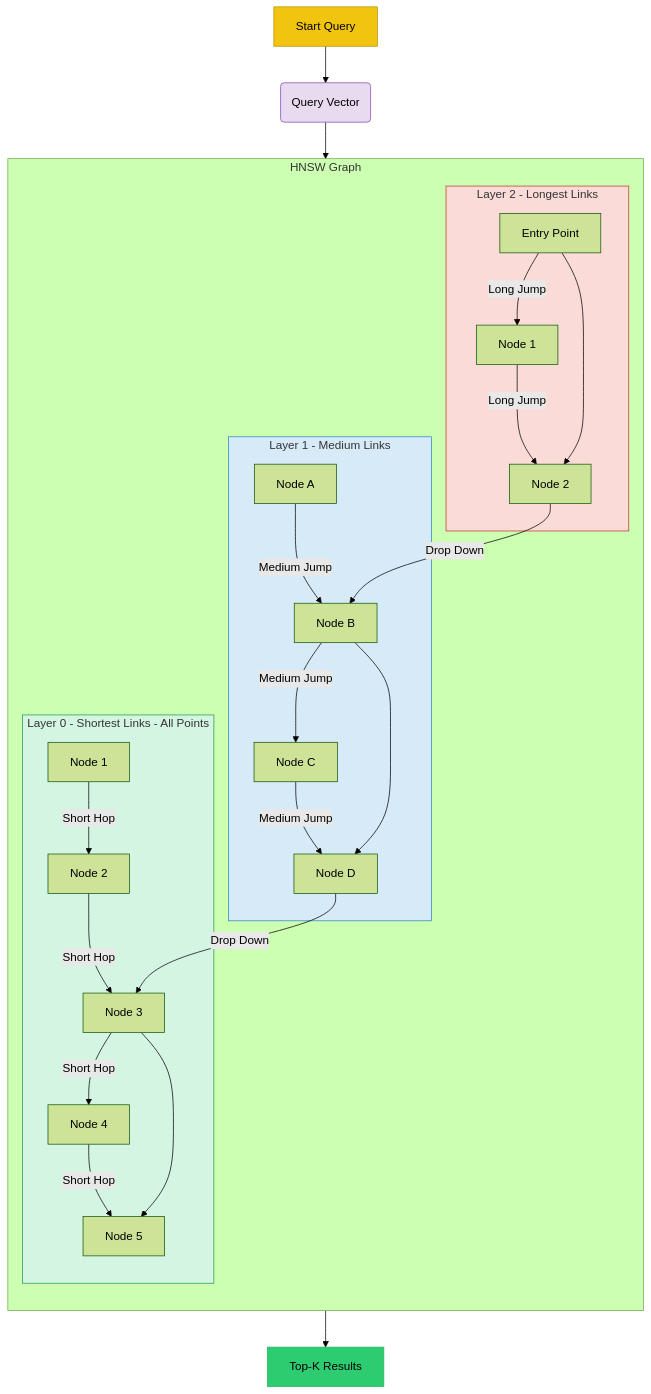
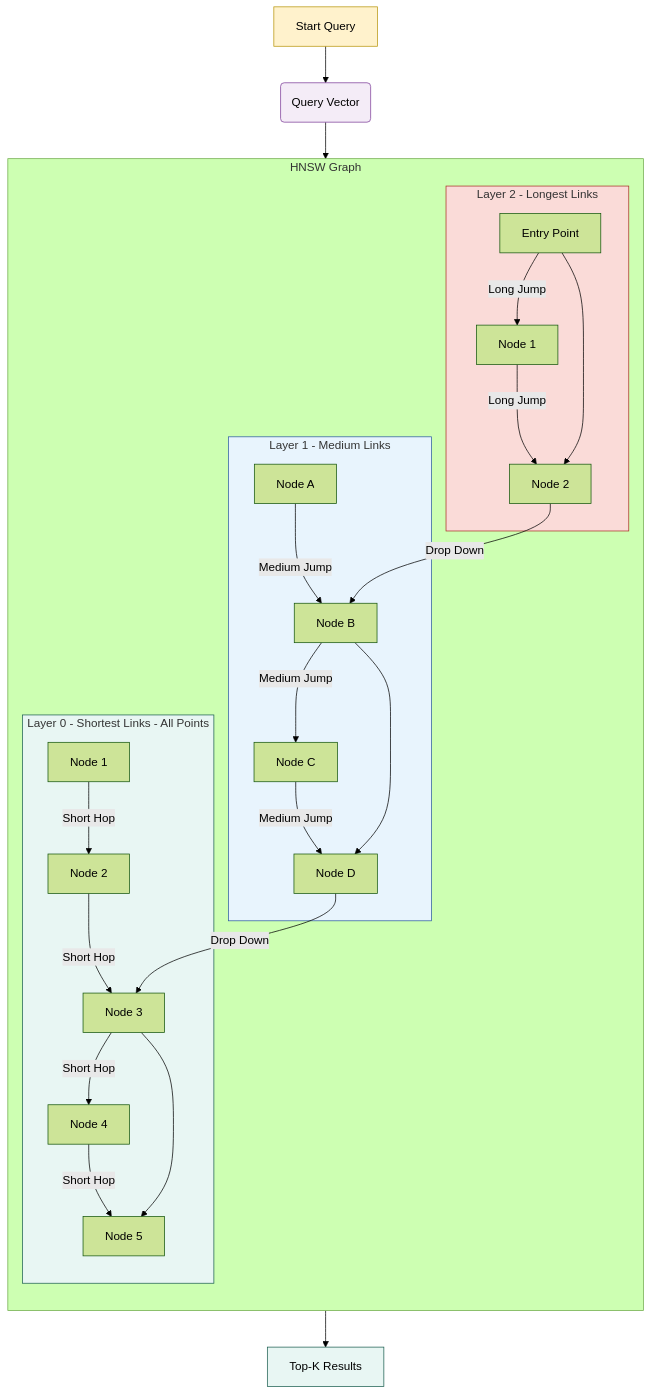
Before and after one commit to raphaelmansuy/tutorials: the second of 4 diagrams in 32_embeddings/07_scaling_embeddings_from_prototype_to_production.md, drawn with Mermaid (forest theme). The commit also changed other lines of this file and 6 other files, not shown here.

````diff
--- a/32_embeddings/07_scaling_embeddings_from_prototype_to_production.md
+++ b/32_embeddings/07_scaling_embeddings_from_prototype_to_production.md
@@ -161,58 +153,58 @@
 ```mermaid
 flowchart TD
     Query(Query Vector)
     Start[Start Query]
     Result[Top-K Results]
 
     subgraph "HNSW Graph"
         direction TB
 
         subgraph Layer2["Layer 2 - Longest Links"]
             L2_Entry[Entry Point] 
             L2_Node1[Node 1]
             L2_Node2[Node 2]
             L2_Entry -- "Long Jump" --> L2_Node1
             L2_Node1 -- "Long Jump" --> L2_Node2
         end
 
         subgraph Layer1["Layer 1 - Medium Links"]
             L1_NodeA[Node A]
             L1_NodeB[Node B] 
             L1_NodeC[Node C]
             L1_NodeD[Node D]
             L1_NodeA -- "Medium Jump" --> L1_NodeB
             L1_NodeB -- "Medium Jump" --> L1_NodeC
             L1_NodeC -- "Medium Jump" --> L1_NodeD
         end
 
         subgraph Layer0["Layer 0 - Shortest Links - All Points"]
             L0_Node1[Node 1]
             L0_Node2[Node 2]
             L0_Node3[Node 3]
             L0_Node4[Node 4]
             L0_Node5[Node 5]
             L0_Node1 -- "Short Hop" --> L0_Node2
             L0_Node2 -- "Short Hop" --> L0_Node3
             L0_Node3 -- "Short Hop" --> L0_Node4
             L0_Node4 -- "Short Hop" --> L0_Node5
         end
     end
 
     %% Search path connections
     Start --> Query
     Query --> L2_Entry
     L2_Entry --> L2_Node2
     L2_Node2 -- "Drop Down" --> L1_NodeB
     L1_NodeB --> L1_NodeD
     L1_NodeD -- "Drop Down" --> L0_Node3
     L0_Node3 --> L0_Node5
     L0_Node5 --> Result
 
-    %% Styling
-    style Layer2 fill:#FADBD8,stroke:#C0392B
-    style Layer1 fill:#D6EAF8,stroke:#2E86C1
-    style Layer0 fill:#D5F5E3,stroke:#229954
-    style Start fill:#F1C40F,stroke:#B7950B
-    style Result fill:#2ECC71,stroke:#28B463
-    style Query fill:#E8DAEF,stroke:#8E44AD
+    %% Styling - Professional Color Palette (High Contrast Pastels)
+    style Layer2 fill:#FADBD8,stroke:#A93226
+    style Layer1 fill:#E8F4FD,stroke:#2C5AA0
+    style Layer0 fill:#E8F6F3,stroke:#1B5E4F
+    style Start fill:#FFF2CC,stroke:#B7950B
+    style Result fill:#E8F6F3,stroke:#1B5E4F
+    style Query fill:#F4ECF7,stroke:#7D3C98
 ```
````
